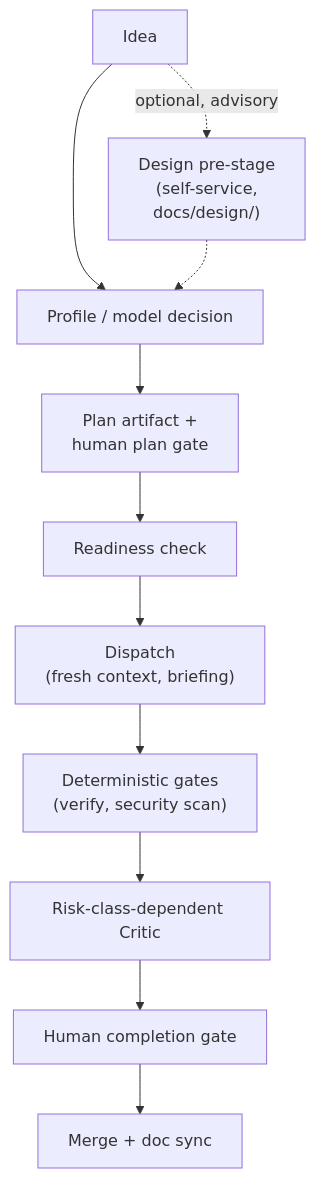
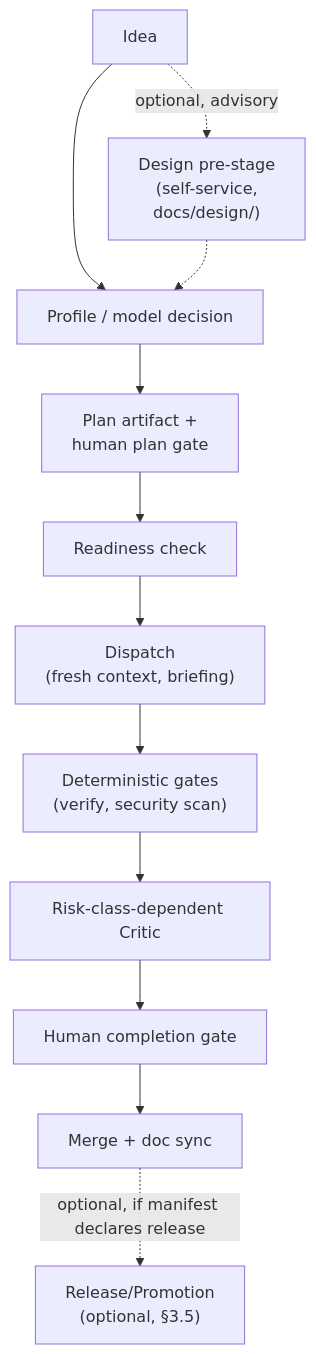
One commit to agent-pipe-shared/agent-pipeline changed the second of 4 diagrams in README.md. Above: the diagram before and after it, drawn with Mermaid. The commit also changed other lines of this file and 4 other files, not shown here.

First line of the commit message:
docs: mention the optional Release/Promotion phase across reachability surfaces

````diff
--- a/README.md
+++ b/README.md
@@ -91,13 +91,14 @@
 ```mermaid
 flowchart TD
     ID["Idea"] --> P
     ID -.->|"optional, advisory"| DS["Design pre-stage<br/>(self-service,<br/>docs/design/)"]
     DS -.-> P
     P["Profile / model decision"] --> PL["Plan artifact +<br/>human plan gate"]
     PL --> R["Readiness check"]
     R --> D["Dispatch<br/>(fresh context, briefing)"]
     D --> G["Deterministic gates<br/>(verify, security scan)"]
     G --> C["Risk-class-dependent Critic"]
     C --> H["Human completion gate"]
     H --> M["Merge + doc sync"]
+    M -.->|"optional, if manifest declares release"| REL["Release/Promotion<br/>(optional, §3.5)"]
 ```
````
